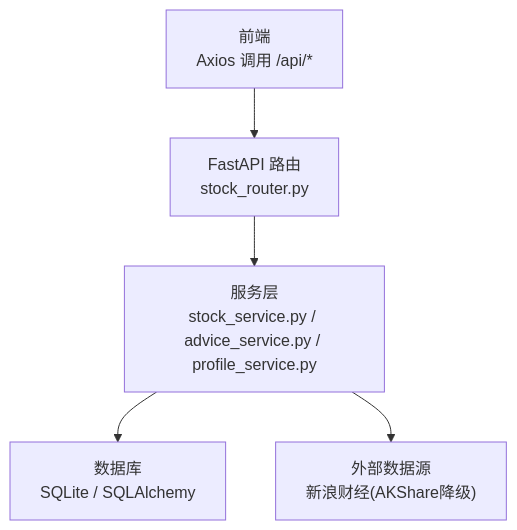
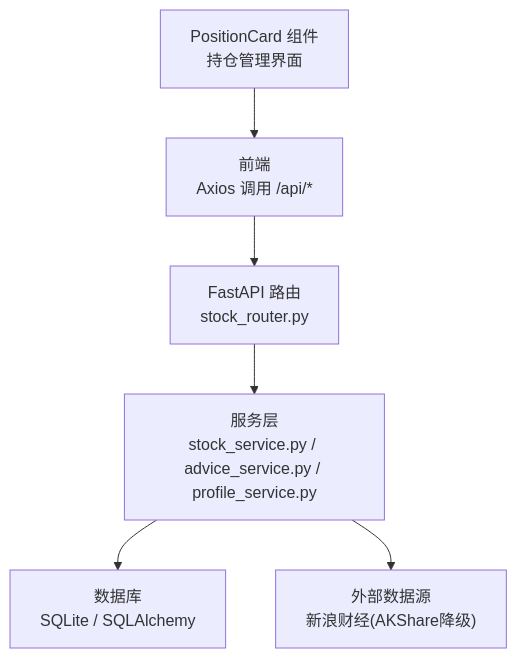
Before and after one commit to Moruime/stock_foker: the first of 9 diagrams in .qoder/repowiki/zh/content/核心功能/股票关注管理.md, drawn with Mermaid. The commit also changed other lines of this file and 52 other files, not shown here.

````diff
--- a/.qoder/repowiki/zh/content/核心功能/股票关注管理.md
+++ b/.qoder/repowiki/zh/content/核心功能/股票关注管理.md
@@ -84,7 +65,8 @@
 ```mermaid
 graph TB
 FE["前端<br/>Axios 调用 /api/*"] --> API["FastAPI 路由<br/>stock_router.py"]
 API --> SVC["服务层<br/>stock_service.py / advice_service.py / profile_service.py"]
 SVC --> DB["数据库<br/>SQLite / SQLAlchemy"]
 SVC --> EX["外部数据源<br/>新浪财经(AKShare降级)"]
+POS["PositionCard 组件<br/>持仓管理界面"] --> FE
 ```
````
